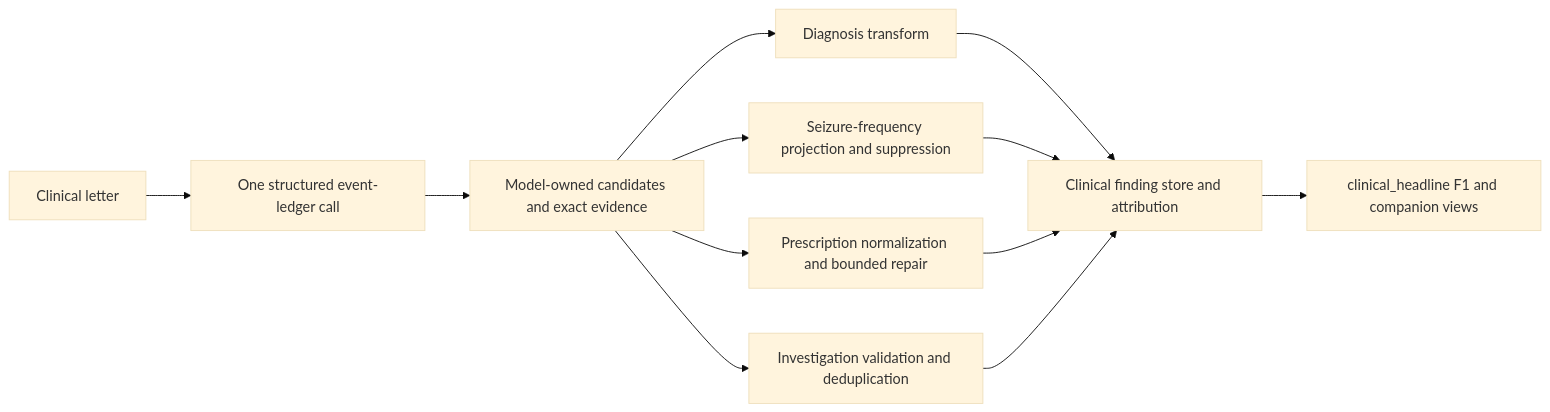
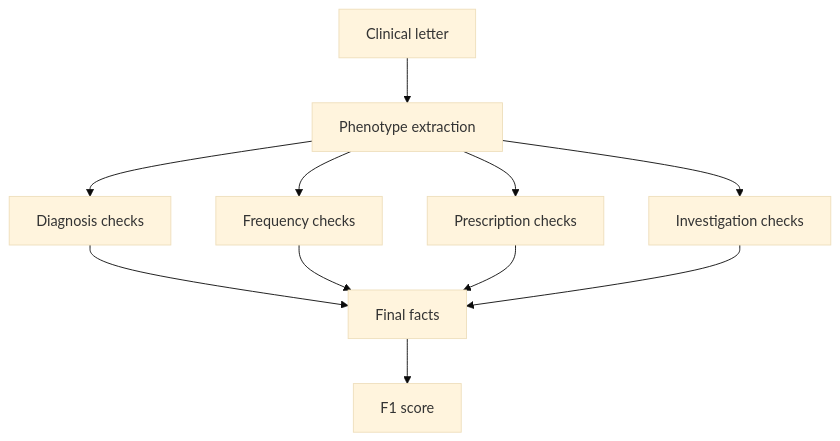
One commit to cbrown564-alt/clinical_extraction changed the first of 2 diagrams in docs/research/six_model_comparison_report_2026-07-18.md. Above: the diagram before and after it, drawn with Mermaid (base theme). The commit also changed other lines of this file and 285 other files, not shown here.

Commit message:
Refactor clinical extraction workflows and project artifacts

````diff
--- a/docs/research/six_model_comparison_report_2026-07-18.md
+++ b/docs/research/six_model_comparison_report_2026-07-18.md
@@ -51,14 +89,13 @@
 ```mermaid
-flowchart LR
-    A[Clinical letter] --> B[One structured event-ledger call]
-    B --> C[Model-owned candidates and exact evidence]
-    C --> D1[Diagnosis transform]
-    C --> D2[Seizure-frequency projection and suppression]
-    C --> D3[Prescription normalization and bounded repair]
-    C --> D4[Investigation validation and deduplication]
-    D1 --> E[Clinical finding store and attribution]
-    D2 --> E
-    D3 --> E
-    D4 --> E
-    E --> F[clinical_headline F1 and companion views]
+flowchart TD
+    A[Clinical letter] --> B[Phenotype extraction]
+    B --> C1[Diagnosis checks]
+    B --> C2[Frequency checks]
+    B --> C3[Prescription checks]
+    B --> C4[Investigation checks]
+    C1 --> D[Final facts]
+    C2 --> D
+    C3 --> D
+    C4 --> D
+    D --> E[F1 score]
 ```
````
